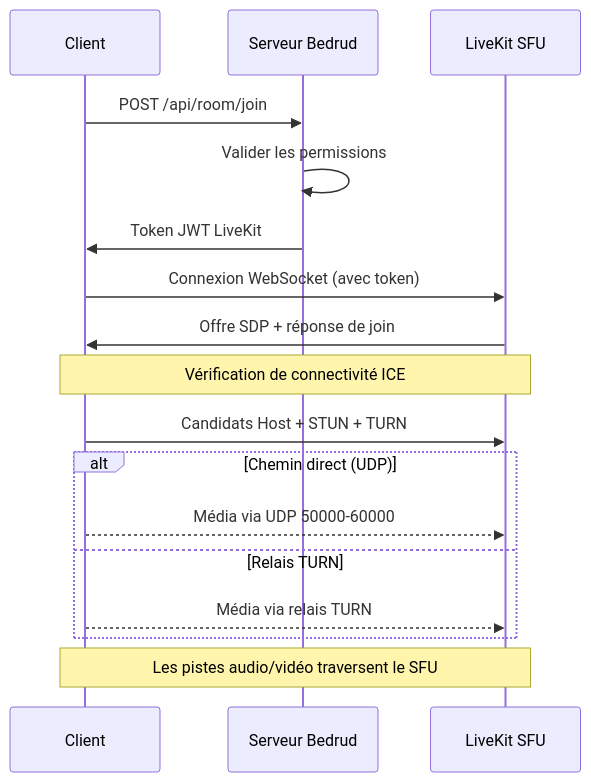
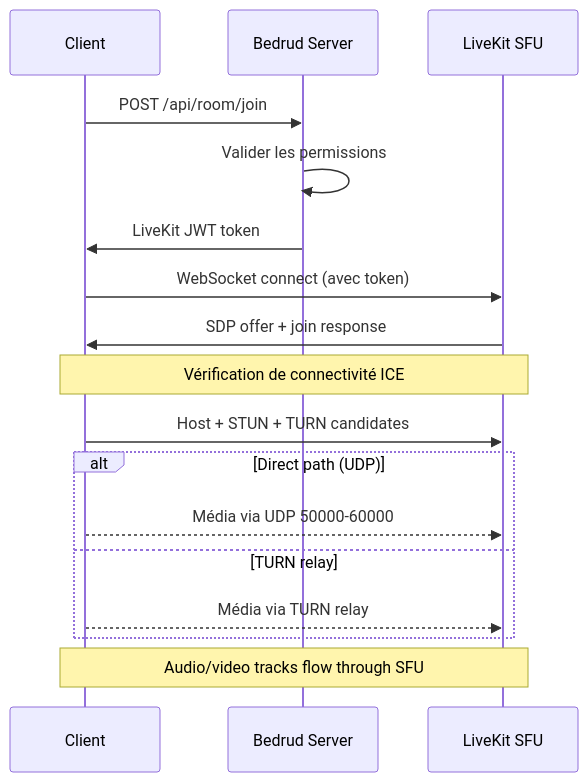
The diagram in src/content/docs/fr/architecture/overview.mdx (bedrud-ir/bedrud-landing), drawn with Mermaid before and after one commit. The commit also changed other lines of this file and 137 other files, not shown here.

````diff
--- a/src/content/docs/fr/architecture/overview.mdx
+++ b/src/content/docs/fr/architecture/overview.mdx
@@ -153,23 +153,23 @@
 ```mermaid
 sequenceDiagram
     participant C as Client
-    participant S as Serveur Bedrud
+    participant S as Bedrud Server
     participant LK as LiveKit SFU
 
     C->>S: POST /api/room/join
     S->>S: Valider les permissions
-    S->>C: Token JWT LiveKit
-    C->>LK: Connexion WebSocket (avec token)
-    LK->>C: Offre SDP + réponse de join
+    S->>C: LiveKit JWT token
+    C->>LK: WebSocket connect (avec token)
+    LK->>C: SDP offer + join response
 
     Note over C,LK: Vérification de connectivité ICE
-    C->>LK: Candidats Host + STUN + TURN
+    C->>LK: Host + STUN + TURN candidates
 
-    alt Chemin direct (UDP)
+    alt Direct path (UDP)
         C-->>LK: Média via UDP 50000-60000
-    else Relais TURN
-        C-->>LK: Média via relais TURN
+    else TURN relay
+        C-->>LK: Média via TURN relay
     end
 
-    Note over C,LK: Les pistes audio/vidéo traversent le SFU
+    Note over C,LK: Audio/video tracks flow through SFU
 ```
````
